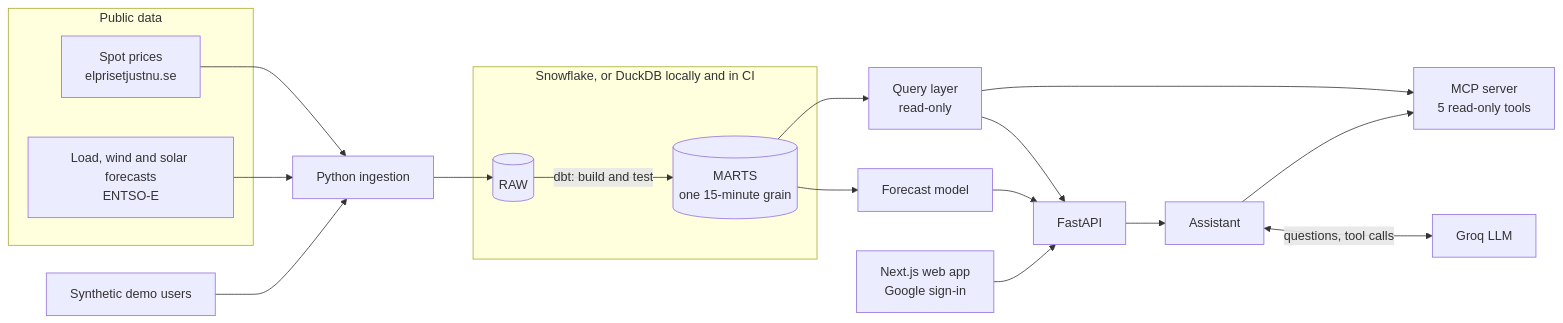
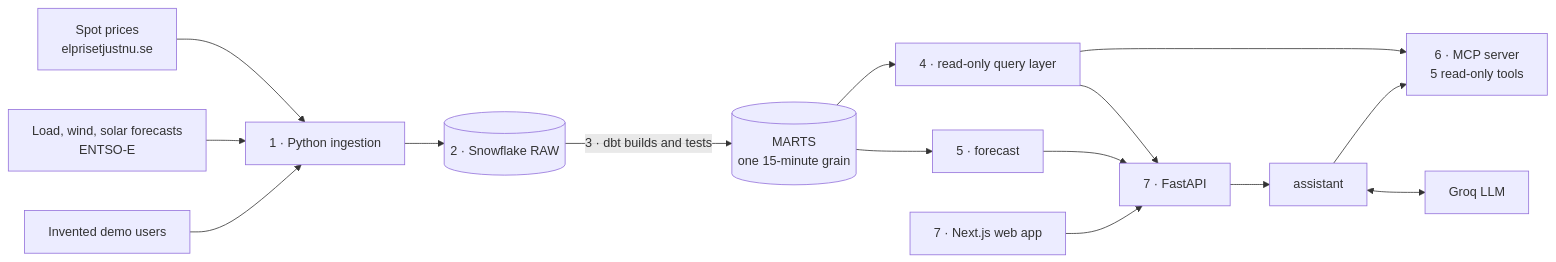
Before and after one commit to thar-26/elkollen: the diagram in README.md, drawn with Mermaid. The commit also changed other lines of this file, not shown here.

````diff
--- a/README.md
+++ b/README.md
@@ -29,29 +38,16 @@
 ```mermaid
 flowchart LR
-    subgraph sources[Public data]
-        P[Spot prices<br/>elprisetjustnu.se]
-        E[Load, wind and solar forecasts<br/>ENTSO-E]
-    end
-    S[Synthetic demo users]
-
-    P --> I[Python ingestion]
-    E --> I
-    S --> I
-    I --> RAW[(RAW)]
-    RAW -->|dbt: build and test| MARTS[(MARTS<br/>one 15-minute grain)]
-
-    subgraph wh[Snowflake, or DuckDB locally and in CI]
-        RAW
-        MARTS
-    end
-
-    MARTS --> Q[Query layer<br/>read-only]
-    MARTS --> F[Forecast model]
-    Q --> API[FastAPI]
-    Q --> MCP[MCP server<br/>5 read-only tools]
+    P[Spot prices<br/>elprisetjustnu.se] --> I[1 · Python ingestion]
+    E[Load, wind, solar forecasts<br/>ENTSO-E] --> I
+    S[Invented demo users] --> I
+    I --> RAW[(2 · Snowflake RAW)]
+    RAW -->|3 · dbt builds and tests| MARTS[(MARTS<br/>one 15-minute grain)]
+    MARTS --> Q[4 · read-only query layer]
+    MARTS --> F[5 · forecast]
+    Q --> MCP[6 · MCP server<br/>5 read-only tools]
+    Q --> API[7 · FastAPI]
     F --> API
-    API --> AG[Assistant]
-    AG <-->|questions, tool calls| LLM[Groq LLM]
-    AG --> MCP
-    WEB[Next.js web app<br/>Google sign-in] --> API
+    API --> AG[assistant] --> MCP
+    AG <--> LLM[Groq LLM]
+    WEB[7 · Next.js web app] --> API
 ```
````
